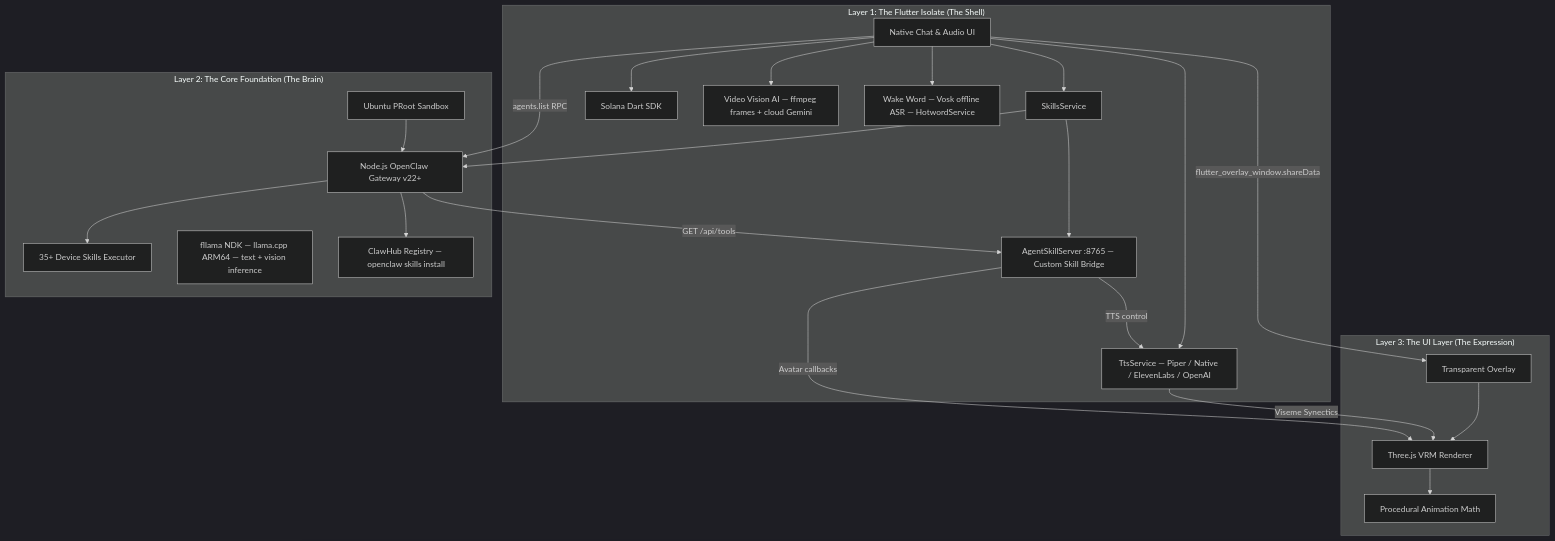
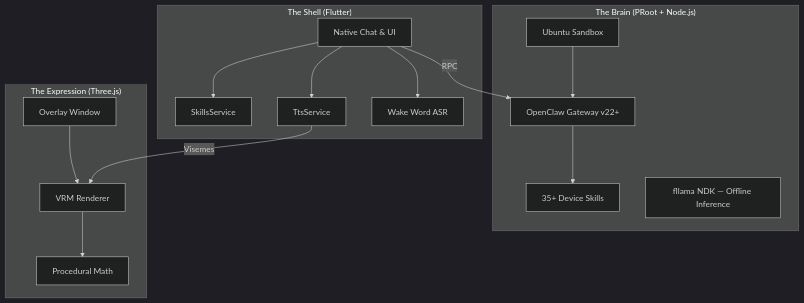
The diagram in README.md (vmbbz/plawie), drawn with Mermaid (dark theme) before and after one commit. The commit also changed other lines of this file and 11 other files, not shown here.

````diff
--- a/README.md
+++ b/README.md
@@ -216,31 +73,22 @@
 ```mermaid
 graph TD
-    subgraph "Layer 1: The Flutter Isolate (The Shell)"
-        A[Native Chat & Audio UI] --> B[SkillsService]
-        A --> C[Solana Dart SDK]
-        A --> D[TtsService — Piper / Native / ElevenLabs / OpenAI]
-        A --> V[Video Vision AI — ffmpeg frames + cloud Gemini]
-        A --> W[Wake Word — Vosk offline ASR — HotwordService]
-        B --> K[AgentSkillServer :8765 — Custom Skill Bridge]
+    subgraph "The Shell (Flutter)"
+        A[Native Chat & UI] --> B[SkillsService]
+        A --> D[TtsService]
+        A --> W[Wake Word ASR]
     end
 
-    subgraph "Layer 2: The Core Foundation (The Brain)"
-        E[Ubuntu PRoot Sandbox] --> F[Node.js OpenClaw Gateway v22+]
-        B --> F
-        F --> G[35+ Device Skills Executor]
-        F -- "GET /api/tools" --> K
-        L[fllama NDK — llama.cpp ARM64 — text + vision inference]
-        F --> P[ClawHub Registry — openclaw skills install]
+    subgraph "The Brain (PRoot + Node.js)"
+        E[Ubuntu Sandbox] --> F[OpenClaw Gateway v22+]
+        F --> G[35+ Device Skills]
+        L[fllama NDK — Offline Inference]
     end
 
-    subgraph "Layer 3: The UI Layer (The Expression)"
-        H[Transparent Overlay] --> I[Three.js VRM Renderer]
-        I --> J[Procedural Animation Math]
+    subgraph "The Expression (Three.js)"
+        H[Overlay Window] --> I[VRM Renderer]
+        I --> J[Procedural Math]
     end
 
-    A -- "flutter_overlay_window.shareData" --> H
-    D -- "Viseme Synectics" --> I
-    A -- "agents.list RPC" --> F
-    K -- "Avatar callbacks" --> I
-    K -- "TTS control" --> D
+    A -- "RPC" --> F
+    D -- "Visemes" --> I
 ```
````
